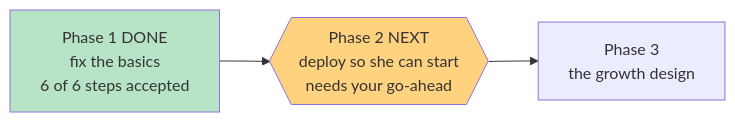
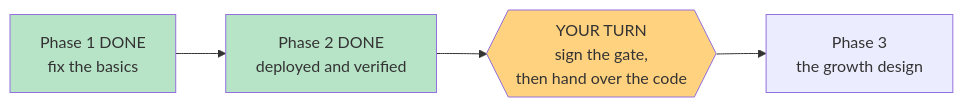
Before and after one commit to dkreinov/magic-clinic-english: the diagram in .oplan/poc-basics/STATUS.md, drawn with Mermaid. The commit also changed other lines of this file and 5 other files, not shown here.

Commit message:
oplan: phase 2 closed — deployed to production (dpl_C6BiC8g...) and verified live, 9/9 steps

````diff
--- a/.oplan/poc-basics/STATUS.md
+++ b/.oplan/poc-basics/STATUS.md
@@ -10,8 +10,9 @@
 ```mermaid
 flowchart LR
-    P1[Phase 1 DONE<br/>fix the basics<br/>6 of 6 steps accepted] --> P2
-    P2{{Phase 2 NEXT<br/>deploy so she can start<br/>needs your go-ahead}} --> P3
-    P3[Phase 3<br/>the growth design]
+    P1[Phase 1 DONE<br/>fix the basics] --> P2[Phase 2 DONE<br/>deployed and verified]
+    P2 --> OWNER{{YOUR TURN<br/>sign the gate,<br/>then hand over the code}}
+    OWNER --> P3[Phase 3<br/>the growth design]
     style P1 fill:#b7e4c7
-    style P2 fill:#ffd27f
+    style P2 fill:#b7e4c7
+    style OWNER fill:#ffd27f
 ```
````
